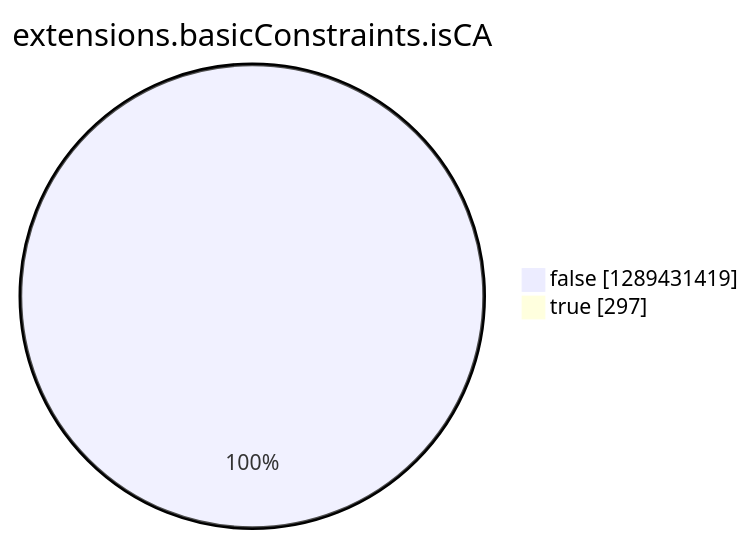
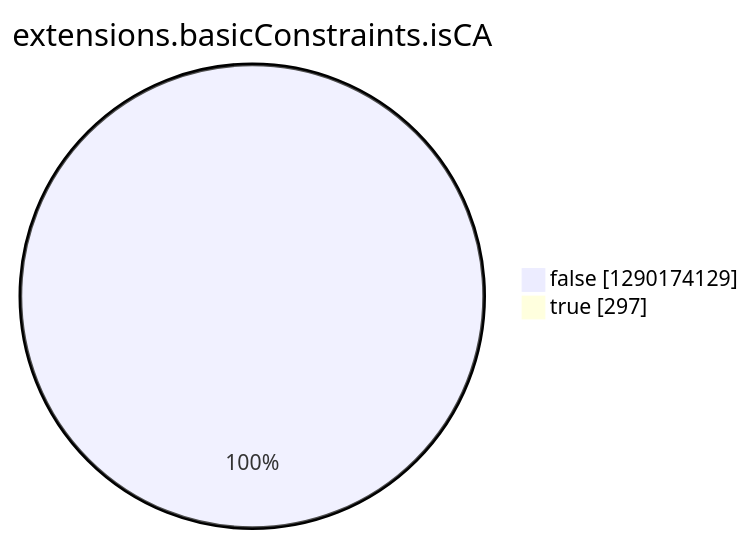
The eighth of 15 diagrams in argon2022/README.md (christiankrug/ctmonitor_visualization), drawn with Mermaid before and after one commit. The commit also changed other lines of this file, not shown here.

````diff
--- a/argon2022/README.md
+++ b/argon2022/README.md
@@ -2756,6 +2756,6 @@
 ```mermaid
 pie showData
 title extensions.basicConstraints.isCA
-"false" :1289431419
+"false" :1290174129
 "true" :297
 ```
````
